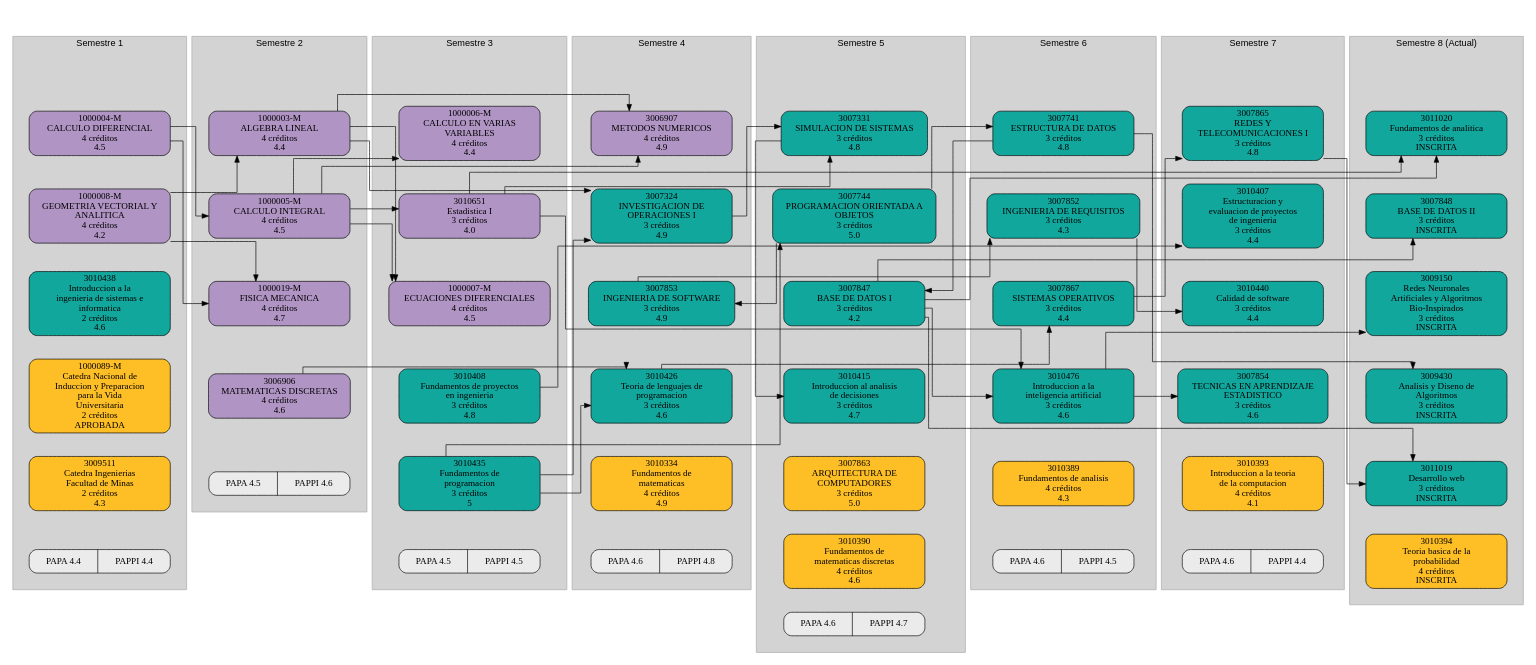
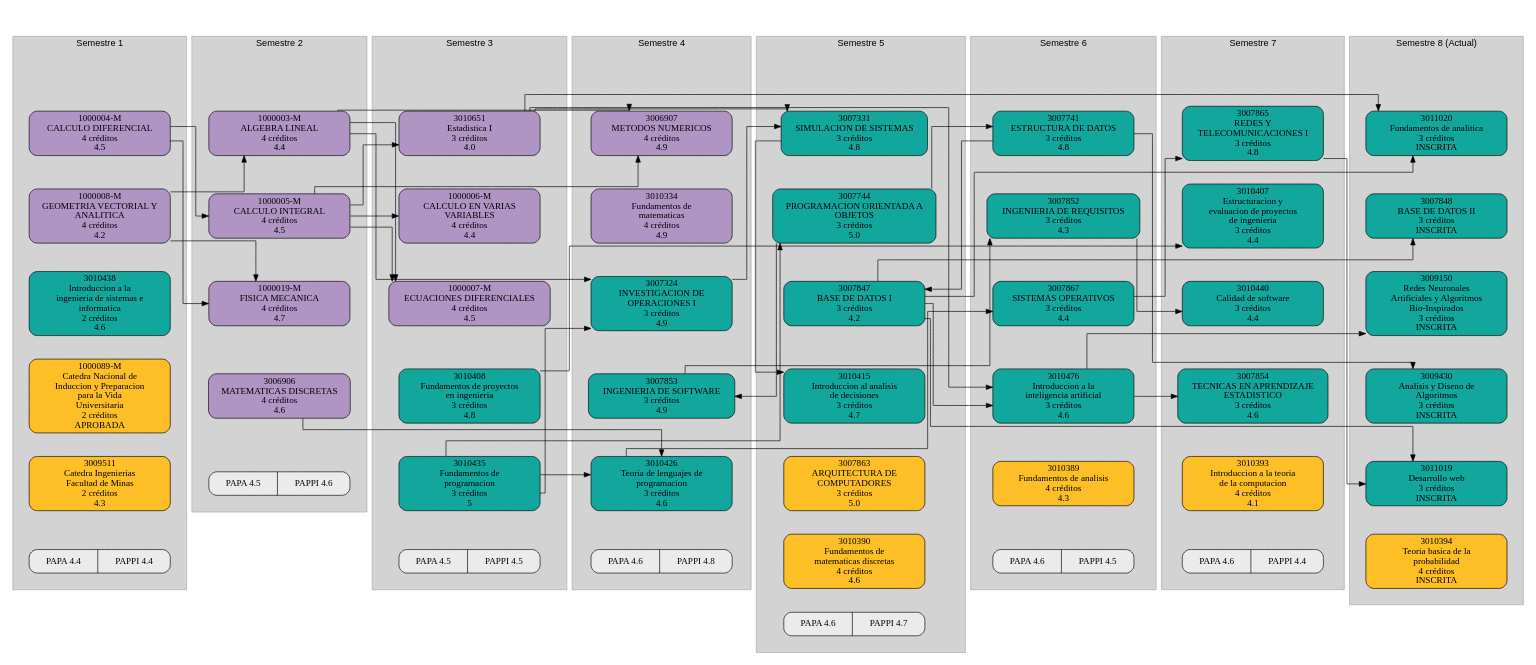
The diagram in codigo/asignatura_catalog/plan_estudios.gv (eporrasm/d-web), drawn with Graphviz before and after one commit. The commit also changed 5 other files, not shown here.

```diff
--- a/codigo/asignatura_catalog/plan_estudios.gv
+++ b/codigo/asignatura_catalog/plan_estudios.gv
@@ -74,22 +74,22 @@
 		node [shape=box style="rounded,filled" width=3]
 		color=darkgray fillcolor=lightGray fontname=Arial label="Semestre 3" style=filled
 		sem_3 [height=0.02 style=invis width=0.02]
+		3010651 [label="3010651
+Estadistica I
+3 créditos
+4.0" color="#000000" fillcolor="#b094c4" group=sem3 penwidth=1]
+		sem_3 -> 3010651 [style=invis]
 		"1000006-M" [label="1000006-M
 CALCULO EN VARIAS
 VARIABLES
 4 créditos
 4.4" color="#000000" fillcolor="#b094c4" group=sem3 penwidth=1]
-		sem_3 -> "1000006-M" [style=invis]
-		3010651 [label="3010651
-Estadistica I
-3 créditos
-4.0" color="#000000" fillcolor="#b094c4" group=sem3 penwidth=1]
-		"1000006-M" -> 3010651 [style=invis]
+		3010651 -> "1000006-M" [style=invis]
 		"1000007-M" [label="1000007-M
 ECUACIONES DIFERENCIALES
 4 créditos
 4.5" color="#000000" fillcolor="#b094c4" group=sem3 penwidth=1]
-		3010651 -> "1000007-M" [style=invis]
+		"1000006-M" -> "1000007-M" [style=invis]
 		3010408 [label="3010408
 Fundamentos de proyectos
 en ingenieria
@@ -115,12 +115,18 @@
 4 créditos
 4.9" color="#000000" fillcolor="#b094c4" group=sem4 penwidth=1]
 		sem_4 -> 3006907 [style=invis]
+		3010334 [label="3010334
+Fundamentos de
+matematicas
+4 créditos
+4.9" color="#000000" fillcolor="#b094c4" group=sem4 penwidth=1]
+		3006907 -> 3010334 [style=invis]
 		3007324 [label="3007324
 INVESTIGACION DE
 OPERACIONES I
 3 créditos
 4.9" color="#000000" fillcolor="#12a79d" group=sem4 penwidth=1]
-		3006907 -> 3007324 [style=invis]
+		3010334 -> 3007324 [style=invis]
 		3007853 [label="3007853
 INGENIERIA DE SOFTWARE
 3 créditos
@@ -132,14 +138,8 @@
 3 créditos
 4.6" color="#000000" fillcolor="#12a79d" group=sem4 penwidth=1]
 		3007853 -> 3010426 [style=invis]
-		3010334 [label="3010334
-Fundamentos de
-matematicas
-4 créditos
-4.9" color="#000000" fillcolor="#fdbe26" group=sem4 penwidth=1]
-		3010426 -> 3010334 [style=invis]
 		"Promedio 4" [label="PAPA 4.6|PAPPI 4.8" fillcolor="#EBEBEB" shape=record]
-		3010334 -> "Promedio 4" [style=invis]
+		3010426 -> "Promedio 4" [style=invis]
 	}
 	subgraph cluster_5 {
 		graph [margin=25 nodesep=0.02]
@@ -299,8 +299,8 @@
 	"1000004-M" -> "1000005-M" [constraint=false]
 	"1000004-M" -> "1000019-M" [constraint=false]
 	"1000008-M" -> "1000019-M" [constraint=false]
+	"1000005-M" -> 3010651 [constraint=false]
 	"1000005-M" -> "1000006-M" [constraint=false]
-	"1000005-M" -> 3010651 [constraint=false]
 	"1000003-M" -> "1000007-M" [constraint=false]
 	"1000005-M" -> "1000007-M" [constraint=false]
 	"1000003-M" -> 3006907 [constraint=false]
```
